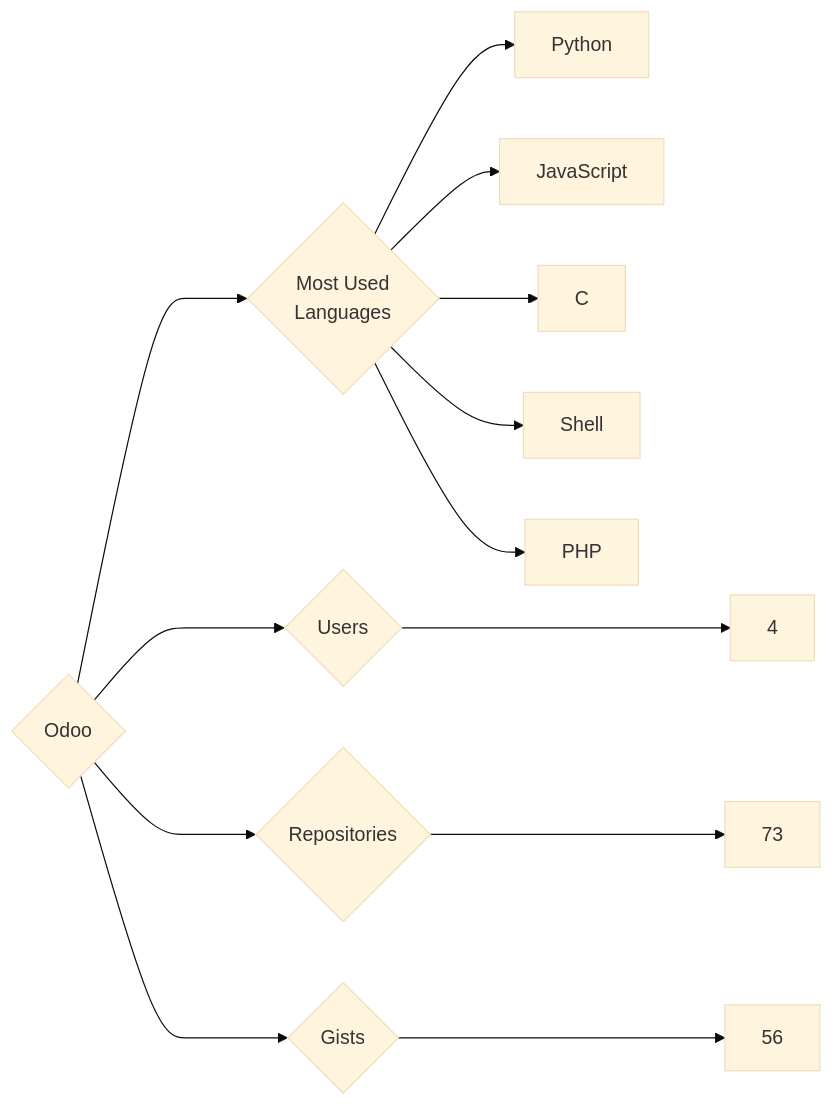
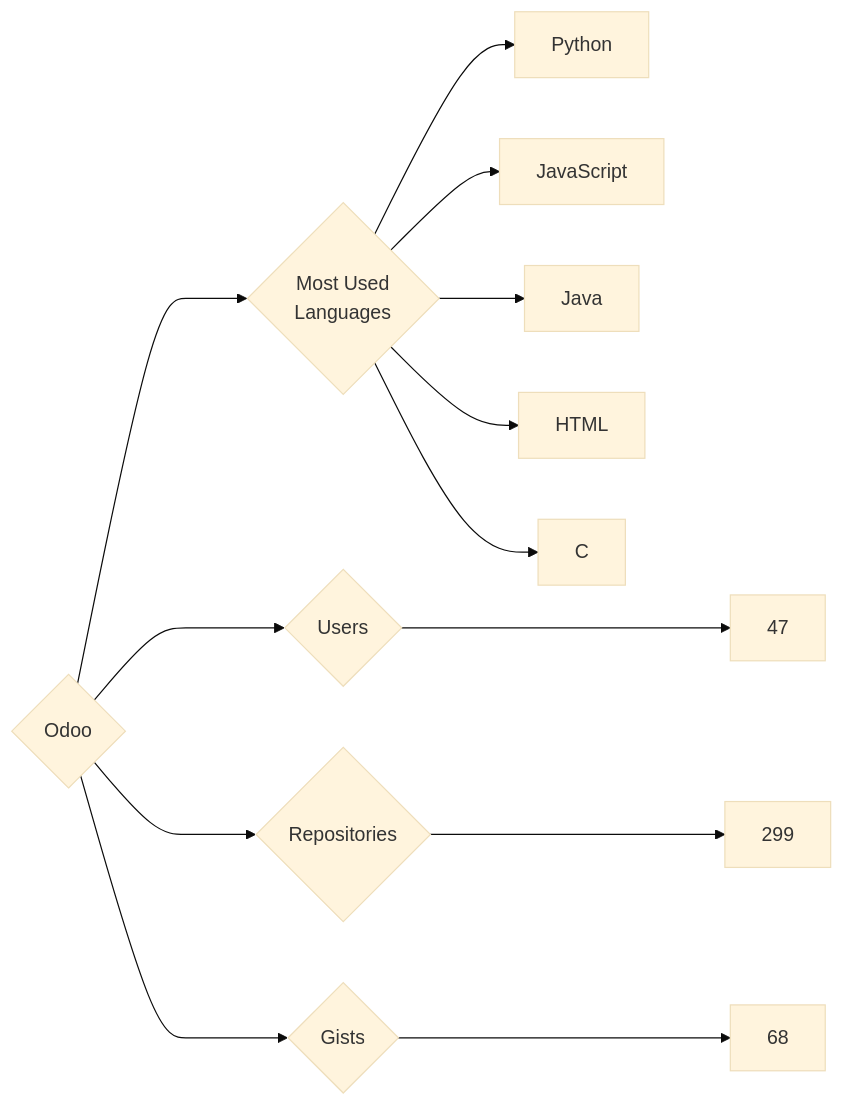
The diagram in targets/Odoo/README.md (trickest/insiders), drawn with Mermaid (base theme) before and after one commit. The commit also changed 806 other files, not shown here.

````diff
--- a/targets/Odoo/README.md
+++ b/targets/Odoo/README.md
@@ -3,13 +3,13 @@
 ```mermaid
 graph LR
 COMPANY_NAME{Odoo}
-COMPANY_NAME ---> U{Users} ---> UN[4]
-COMPANY_NAME ---> R{Repositories} ---> RN[73]
-COMPANY_NAME ---> G{Gists} ---> GN[56]
+COMPANY_NAME ---> U{Users} ---> UN[47]
+COMPANY_NAME ---> R{Repositories} ---> RN[299]
+COMPANY_NAME ---> G{Gists} ---> GN[68]
 COMPANY_NAME ---> ML{Most Used<br>Languages}
 ML --> Python[Python]
 ML --> JavaScript[JavaScript]
+ML --> Java[Java]
+ML --> HTML[HTML]
 ML --> C[C]
-ML --> Shell[Shell]
-ML --> PHP[PHP]
 ```
````
